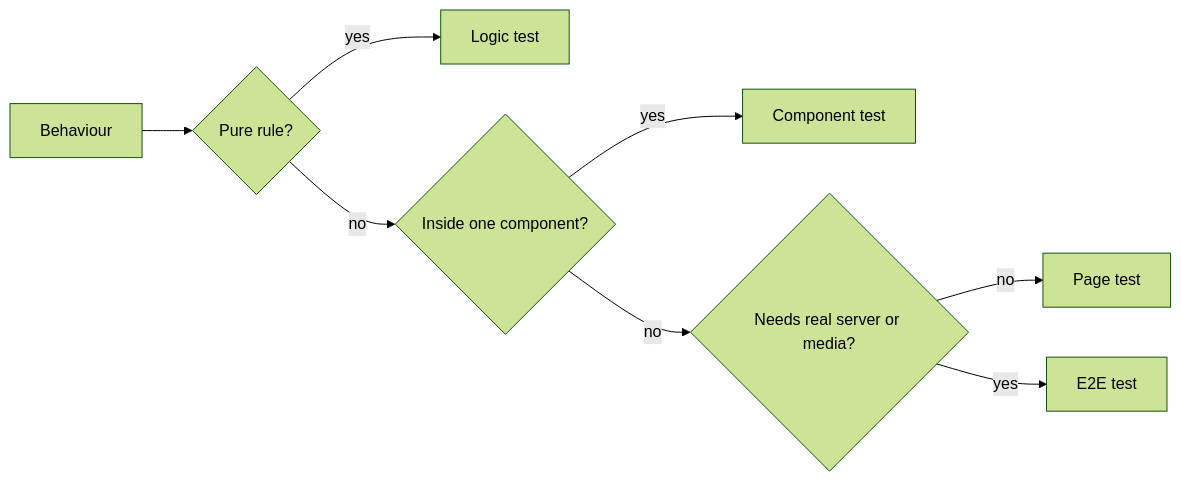
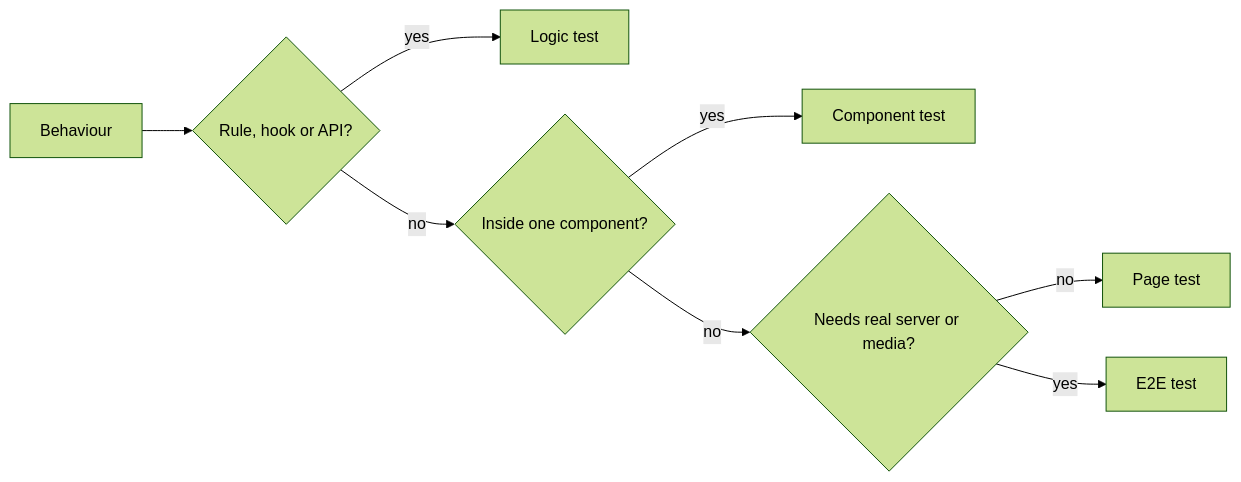
One commit to syudead/vv changed the second of 2 diagrams in docs/design-docs/web-testing.md. Above: the diagram before and after it, drawn with Mermaid (forest theme). The commit also changed other lines of this file, not shown here.

First line of the commit message:
Cover hooks and API modules, and say E2E runs the Vite dev server

````diff
--- a/docs/design-docs/web-testing.md
+++ b/docs/design-docs/web-testing.md
@@ -37,10 +39,10 @@
 ```mermaid
 flowchart LR
-  b[Behaviour] --> q1{Pure rule?}
+  b[Behaviour] --> q1{Rule, hook or API?}
   q1 -->|yes| logic[Logic test]
   q1 -->|no| q2{Inside one component?}
   q2 -->|yes| component[Component test]
   q2 -->|no| q3{Needs real server or media?}
   q3 -->|no| page[Page test]
   q3 -->|yes| e2e[E2E test]
 ```
````
